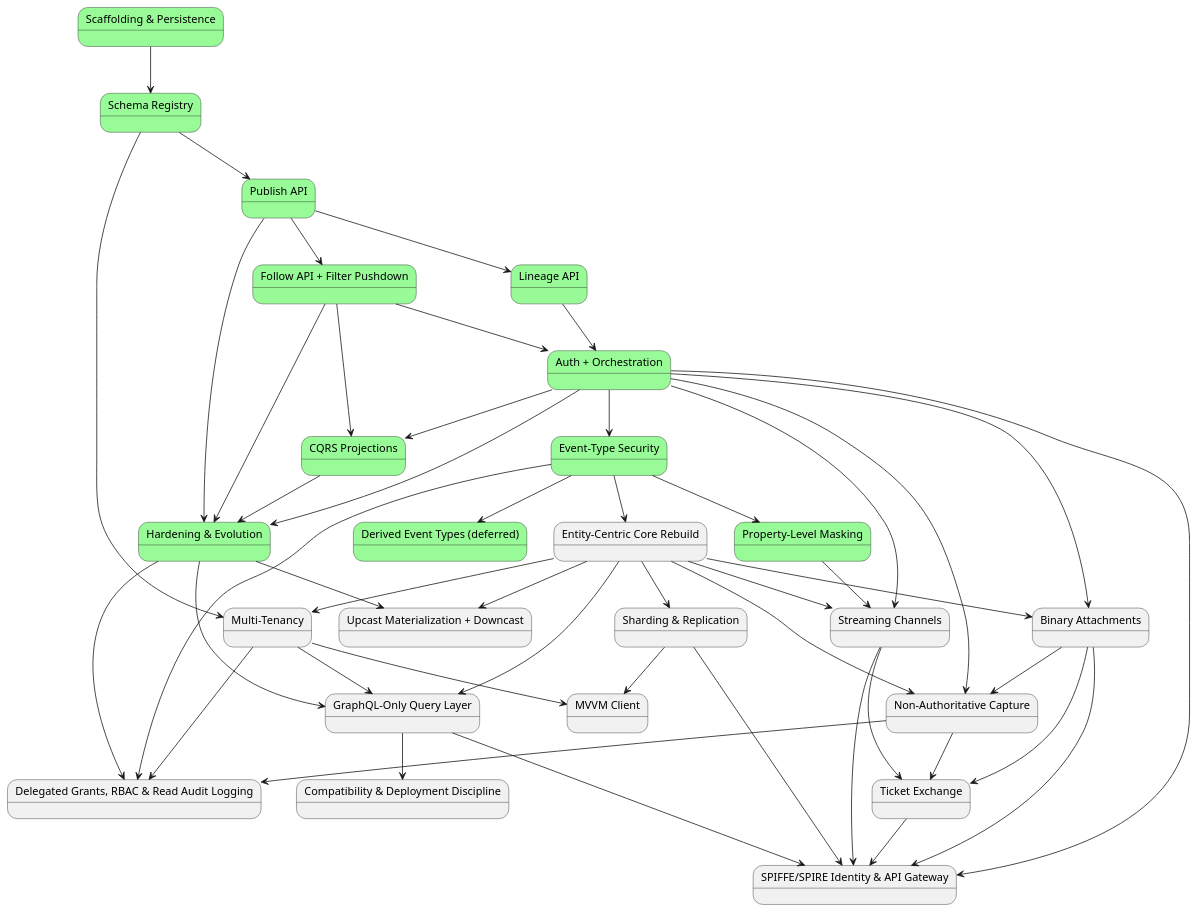
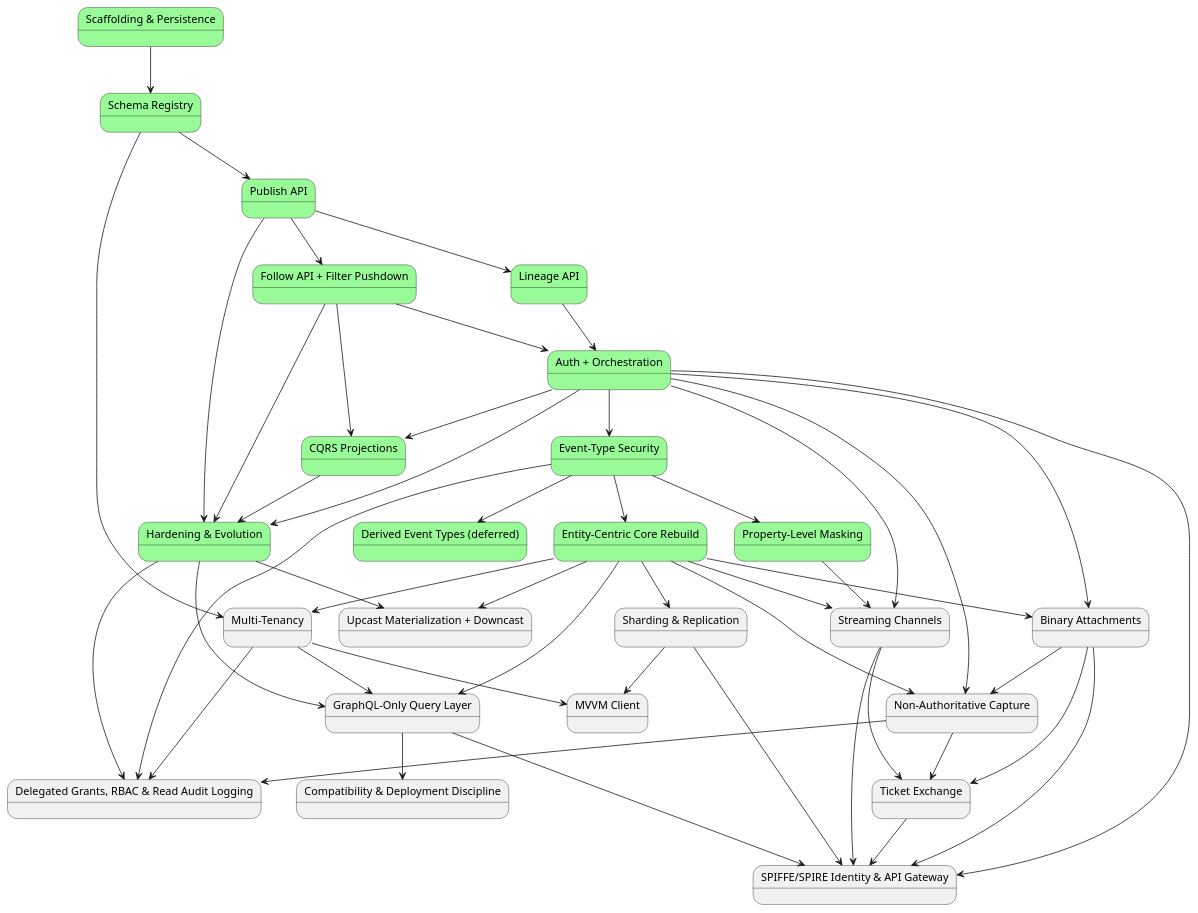
One commit to Mwwhited-BookLearning/EventSourcing changed the first of 2 diagrams in docs/08-build-plan.md. Above: the diagram before and after it, drawn with PlantUML. The commit also changed other lines of this file and 82 other files, not shown here.

First line of the commit message:
Build Entity-Centric Core Rebuild (build-plan item 12)

````diff
--- a/docs/08-build-plan.md
+++ b/docs/08-build-plan.md
@@ -156,77 +156,77 @@
 ```plantuml
 @startuml BuildPlan_CorePhases
 state "Scaffolding & Persistence" as p0 #palegreen
 state "Schema Registry" as p1 #palegreen
 state "Publish API" as p2 #palegreen
 state "Lineage API" as p3 #palegreen
 state "Follow API + Filter Pushdown" as p4 #palegreen
 state "Auth + Orchestration" as p5 #palegreen
 state "Event-Type Security" as p6 #palegreen
 state "Derived Event Types (deferred)" as p7 #palegreen
 state "Property-Level Masking" as p8 #palegreen
 state "CQRS Projections" as p9 #palegreen
 state "Hardening & Evolution" as p10 #palegreen
-state "Entity-Centric Core Rebuild" as p11
+state "Entity-Centric Core Rebuild" as p11 #palegreen
 state "Multi-Tenancy" as p12
 state "Upcast Materialization + Downcast" as p13
 state "Streaming Channels" as p14
 state "Binary Attachments" as p15
 state "Sharding & Replication" as p16
 state "Non-Authoritative Capture" as p17
 state "GraphQL-Only Query Layer" as p18
 state "Compatibility & Deployment Discipline" as p19
 state "MVVM Client" as p20
 state "Ticket Exchange" as p21
 state "Delegated Grants, RBAC & Read Audit Logging" as p22
 state "SPIFFE/SPIRE Identity & API Gateway" as p23
 
 p0 --> p1
 p1 --> p2
 p2 --> p3
 p2 --> p4
 p3 --> p5
 p4 --> p5
 p5 --> p6
 p6 --> p7
 p6 --> p8
 p4 --> p9
 p5 --> p9
 p5 --> p10
 p2 --> p10
 p4 --> p10
 p9 --> p10
 p6 --> p11
 p1 --> p12
 p11 --> p12
 p10 --> p13
 p11 --> p13
 p5 --> p14
 p11 --> p14
 p8 --> p14
 p5 --> p15
 p11 --> p15
 p11 --> p16
 p11 --> p17
 p5 --> p17
 p15 --> p17
 p11 --> p18
 p12 --> p18
 p10 --> p18
 p18 --> p19
 p12 --> p20
 p16 --> p20
 p14 --> p21
 p15 --> p21
 p17 --> p21
 p17 --> p22
 p6 --> p22
 p12 --> p22
 p10 --> p22
 p5 --> p23
 p16 --> p23
 p14 --> p23
 p15 --> p23
 p18 --> p23
 p21 --> p23
 @enduml
 ```
````
